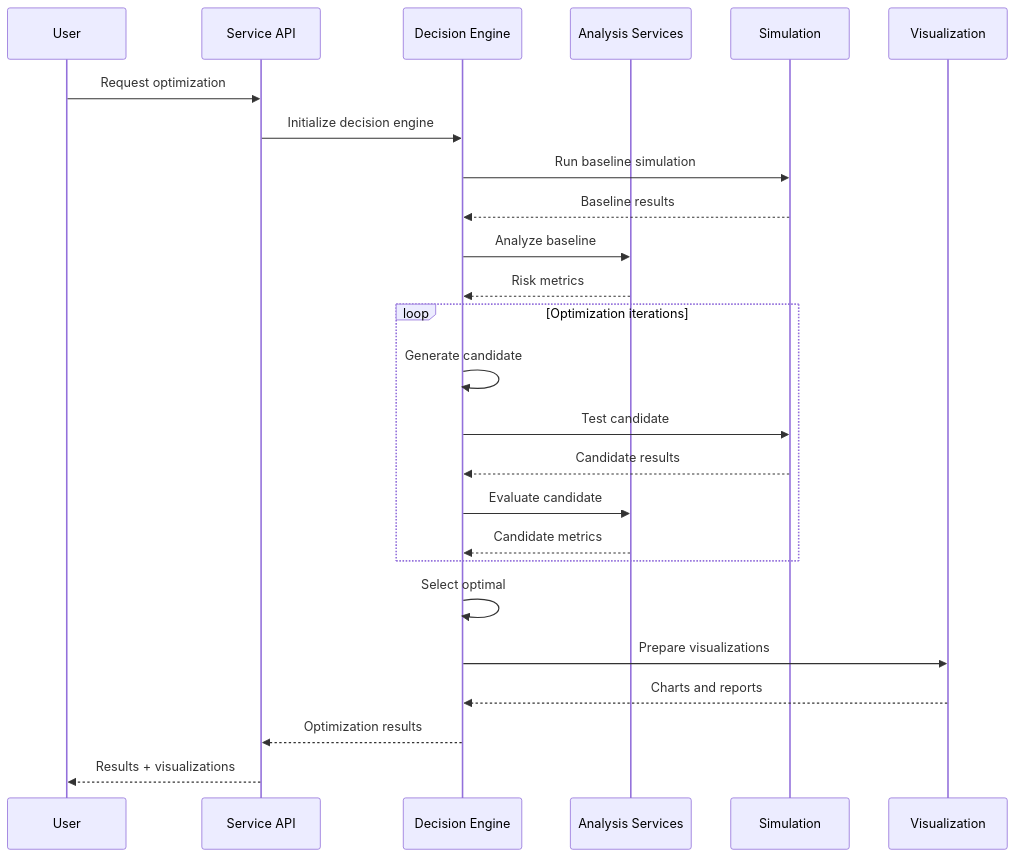
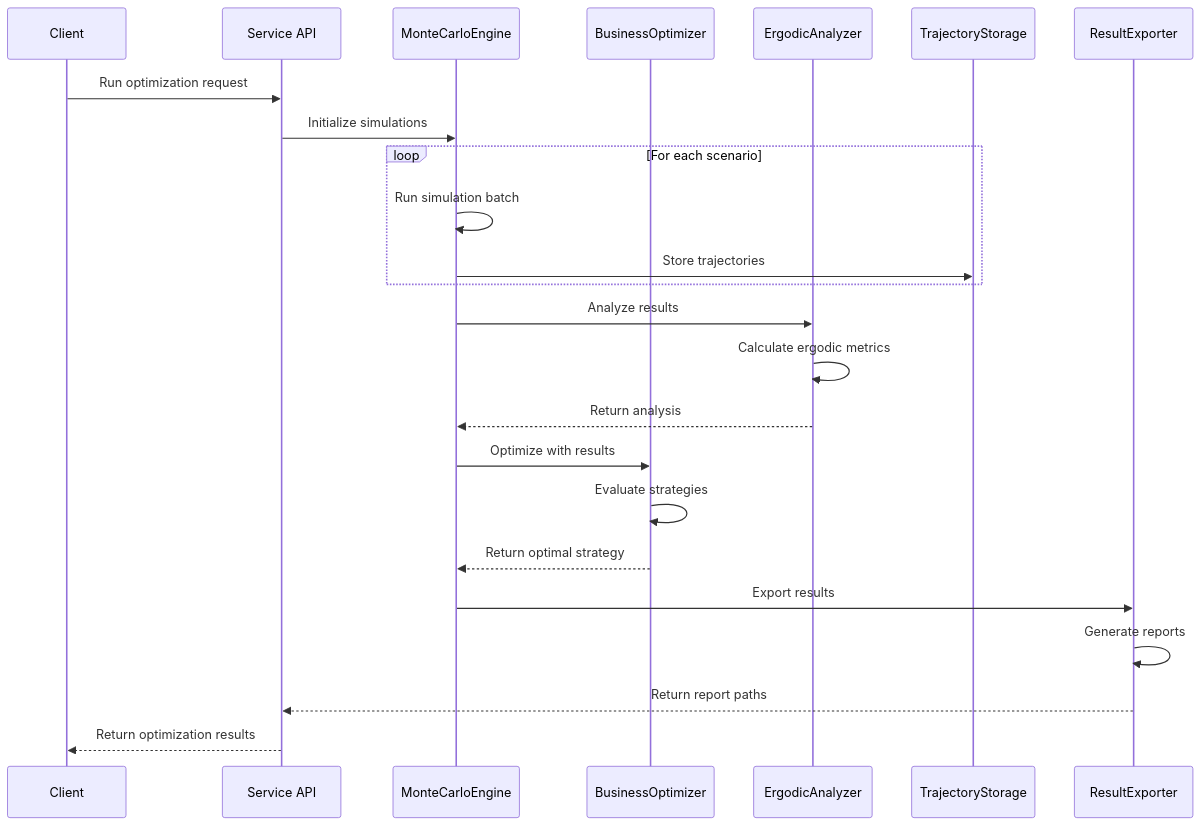
The fifth of 5 diagrams in ergodic_insurance/docs/architecture/class_diagrams/service_layer.md (AlexFiliakov/Ergodic-Insurance-Limits), drawn with Mermaid before and after one commit. The commit also changed other lines of this file and 24 other files, not shown here.

````diff
--- a/ergodic_insurance/docs/architecture/class_diagrams/service_layer.md
+++ b/ergodic_insurance/docs/architecture/class_diagrams/service_layer.md
@@ -157,33 +296,32 @@
 ```mermaid
 sequenceDiagram
-    participant User
+    participant Client
     participant API as Service API
-    participant Engine as Decision Engine
-    participant Analyzer as Analysis Services
-    participant Sim as Simulation
-    participant Viz as Visualization
+    participant Engine as MonteCarloEngine
+    participant Optimizer as BusinessOptimizer
+    participant Analytics as ErgodicAnalyzer
+    participant Storage as TrajectoryStorage
+    participant Export as ResultExporter
 
-    User->>API: Request optimization
-    API->>Engine: Initialize decision engine
+    Client->>API: Run optimization request
+    API->>Engine: Initialize simulations
 
-    Engine->>Sim: Run baseline simulation
-    Sim-->>Engine: Baseline results
-
-    Engine->>Analyzer: Analyze baseline
-    Analyzer-->>Engine: Risk metrics
-
-    loop Optimization iterations
-        Engine->>Engine: Generate candidate
-        Engine->>Sim: Test candidate
-        Sim-->>Engine: Candidate results
-        Engine->>Analyzer: Evaluate candidate
-        Analyzer-->>Engine: Candidate metrics
+    loop For each scenario
+        Engine->>Engine: Run simulation batch
+        Engine->>Storage: Store trajectories
     end
 
-    Engine->>Engine: Select optimal
-    Engine->>Viz: Prepare visualizations
-    Viz-->>Engine: Charts and reports
+    Engine->>Analytics: Analyze results
+    Analytics->>Analytics: Calculate ergodic metrics
+    Analytics-->>Engine: Return analysis
 
-    Engine-->>API: Optimization results
-    API-->>User: Results + visualizations
+    Engine->>Optimizer: Optimize with results
+    Optimizer->>Optimizer: Evaluate strategies
+    Optimizer-->>Engine: Return optimal strategy
+
+    Engine->>Export: Export results
+    Export->>Export: Generate reports
+    Export-->>API: Return report paths
+
+    API-->>Client: Return optimization results
 ```
````
